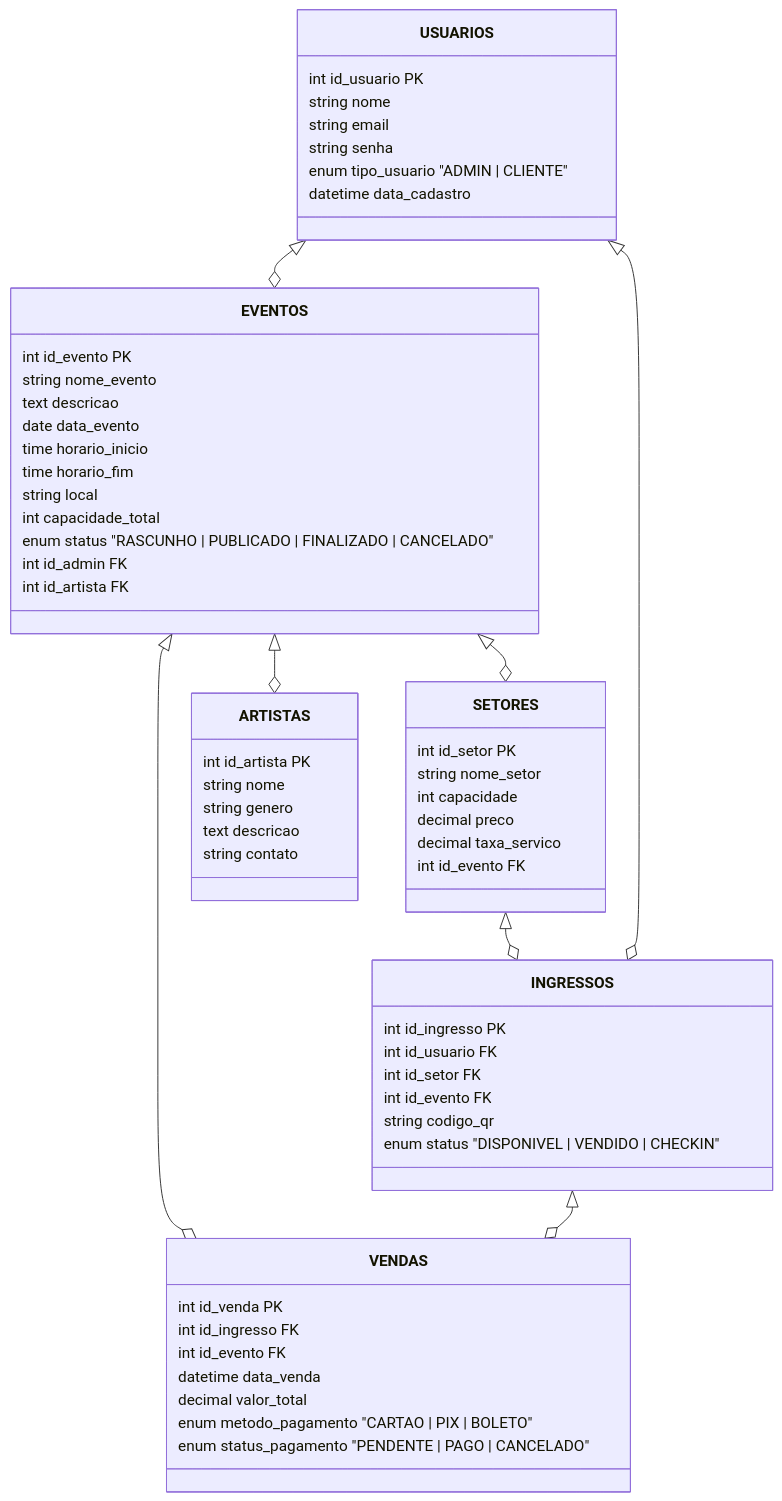
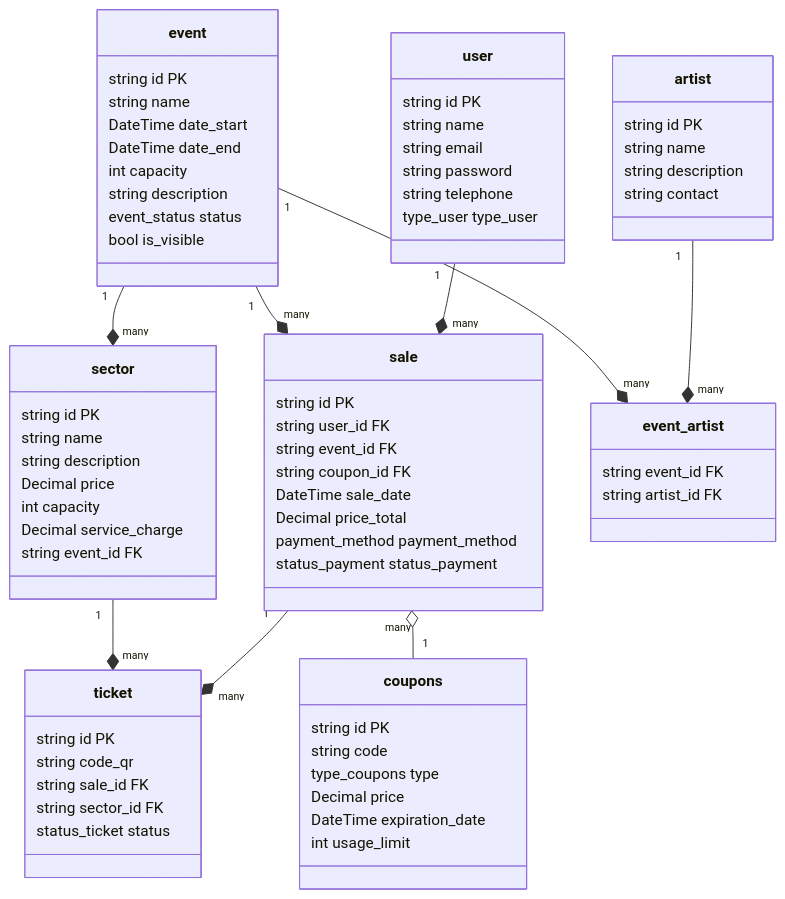
One commit to levyzowisk/api-casadeshow changed the diagram in README.md. Above: the diagram before and after it, drawn with Mermaid.

Commit message:
atualizando o schema do readme

````diff
--- a/README.md
+++ b/README.md
@@ -50,70 +50,83 @@
 ```mermaid
 classDiagram
-    class USUARIOS {
-        int id_usuario PK
-        string nome
-        string email
-        string senha
-        enum tipo_usuario "ADMIN | CLIENTE"
-        datetime data_cadastro
+    class event {
+        string id PK
+        string name
+        DateTime date_start
+        DateTime date_end
+        int capacity
+        string description
+        event_status status
+        bool is_visible
     }
 
-    class EVENTOS {
-        int id_evento PK
-        string nome_evento
-        text descricao
-        date data_evento
-        time horario_inicio
-        time horario_fim
-        string local
-        int capacidade_total
-        enum status "RASCUNHO | PUBLICADO | FINALIZADO | CANCELADO"
-        int id_admin FK
-        int id_artista FK
+    class sector {
+        string id PK
+        string name
+        string description
+        Decimal price
+        int capacity
+        Decimal service_charge
+        string event_id FK
     }
 
-    class SETORES {
-        int id_setor PK
-        string nome_setor
-        int capacidade
-        decimal preco
-        decimal taxa_servico
-        int id_evento FK
+    class user {
+        string id PK
+        string name
+        string email
+        string password
+        string telephone
+        type_user type_user
     }
 
-    class INGRESSOS {
-        int id_ingresso PK
-        int id_usuario FK
-        int id_setor FK
-        int id_evento FK
-        string codigo_qr
-        enum status "DISPONIVEL | VENDIDO | CHECKIN"
+    class ticket {
+        string id PK
+        string code_qr
+        string sale_id FK
+        string sector_id FK
+        status_ticket status
     }
 
-    class VENDAS {
-        int id_venda PK
-        int id_ingresso FK
-        int id_evento FK
-        datetime data_venda
-        decimal valor_total
-        enum metodo_pagamento "CARTAO | PIX | BOLETO"
-        enum status_pagamento "PENDENTE | PAGO | CANCELADO"
+    class artist {
+        string id PK
+        string name
+        string description
+        string contact
     }
 
-    class ARTISTAS {
-        int id_artista PK
-        string nome
-        string genero
-        text descricao
-        string contato
+    class coupons {
+        string id PK
+        string code
+        type_coupons type
+        Decimal price
+        DateTime expiration_date
+        int usage_limit
     }
+
+    class sale {
+        string id PK
+        string user_id FK
+        string event_id FK
+        string coupon_id FK
+        DateTime sale_date
+        Decimal price_total
+        payment_method payment_method
+        status_payment status_payment
+    }
+
+    class event_artist {
+        string event_id FK
+        string artist_id FK
+    }
+
+   
+    event "1" --* "many" sector
+    event "1" --* "many" sale
+    user "1" --* "many" sale
+    sector "1" --* "many" ticket
+    sale "1" --* "many" ticket
+    sale "many" o-- "1" coupons
     
-
-    USUARIOS <|--o EVENTOS 
-    EVENTOS <|--o SETORES 
-    SETORES <|--o INGRESSOS 
-    USUARIOS <|--o INGRESSOS 
-    EVENTOS <|--o VENDAS 
-    INGRESSOS <|--o VENDAS
-    EVENTOS <|--o ARTISTAS
+    event "1" --* "many" event_artist
+    artist "1" --* "many" event_artist
 ```
````
